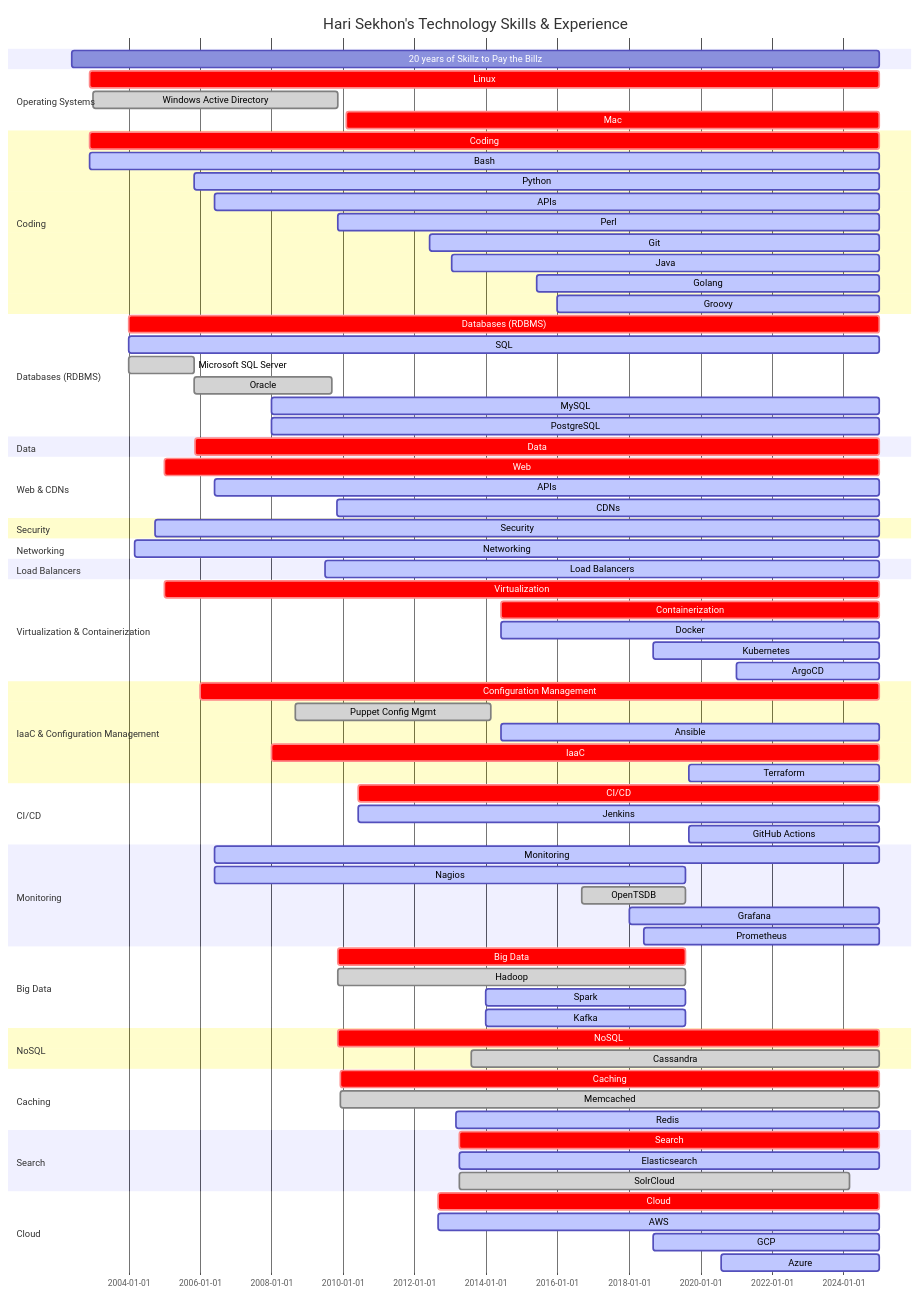
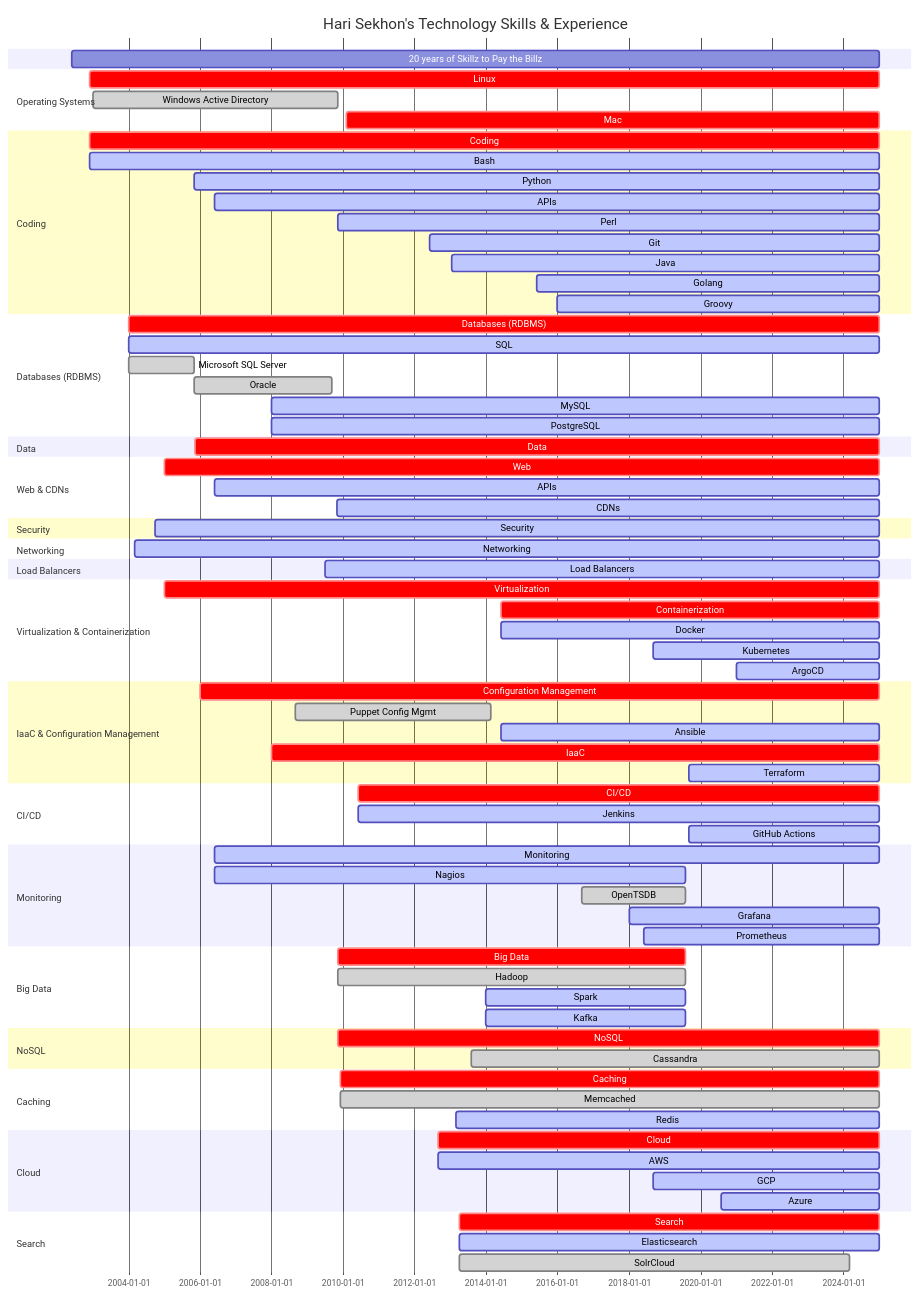
Before and after one commit to HariSekhon/HariSekhon: the diagram in README.md, drawn with Mermaid. The commit also changed other lines of this file, not shown here.

````diff
--- a/README.md
+++ b/README.md
@@ -426,6 +426,12 @@
     Memcached              : done, 2009-11-31, 2024-12-31
     Redis                  : active, 2013-03-01, 2024-12-31
 
+    section Cloud
+    Cloud            : crit, 2012-09-01, 2024-12-31
+    AWS              : active, 2012-09-01, 2024-12-31
+    GCP              : active, 2018-09-01, 2024-12-31
+    Azure            : active, 2020-08-01, 2024-12-31
+
     section Search
     Search                 : crit, 2013-03-31, 2024-12-31
     Elasticsearch          : active, 2013-03-31, 2024-12-31
@@ -433,10 +439,4 @@
     %%Fluentd                : crit, 2018-03-31, 2024-12-31
     %%Kibana                 : crit, 2013-03-31, 2024-12-31
     SolrCloud              : done, 2013-04-01, 2024-03-01
-
-    section Cloud
-    Cloud            : crit, 2012-09-01, 2024-12-31
-    AWS              : active, 2012-09-01, 2024-12-31
-    GCP              : active, 2018-09-01, 2024-12-31
-    Azure            : active, 2020-08-01, 2024-12-31
 ```
````
